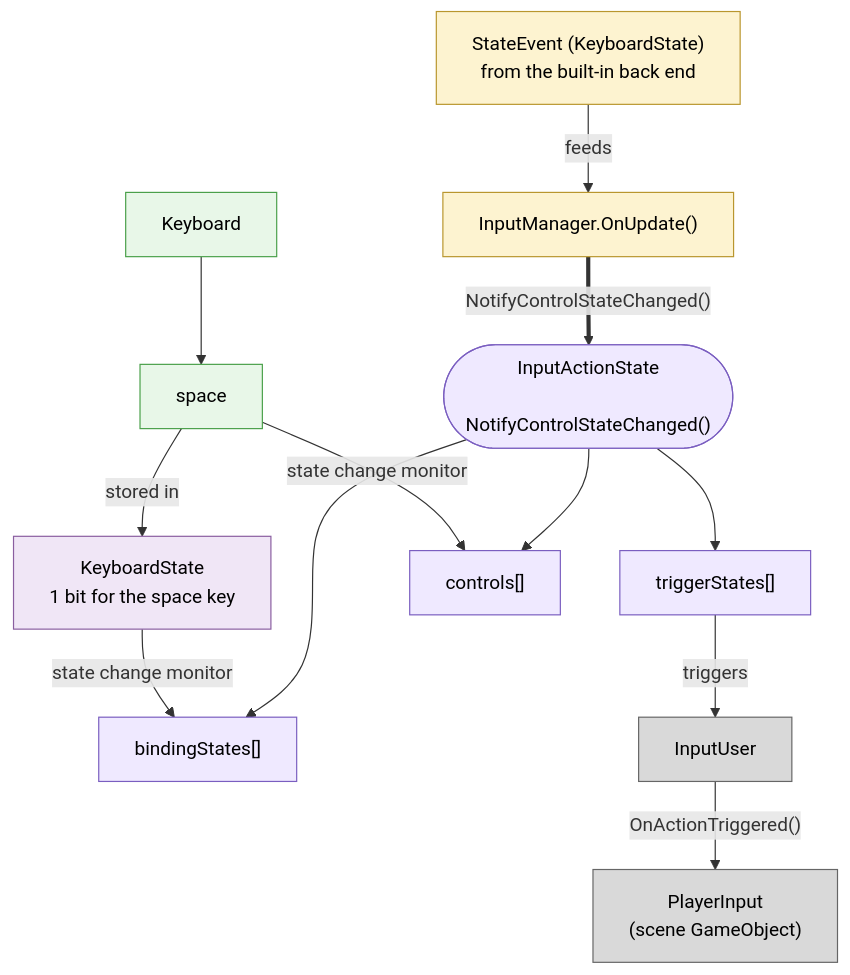
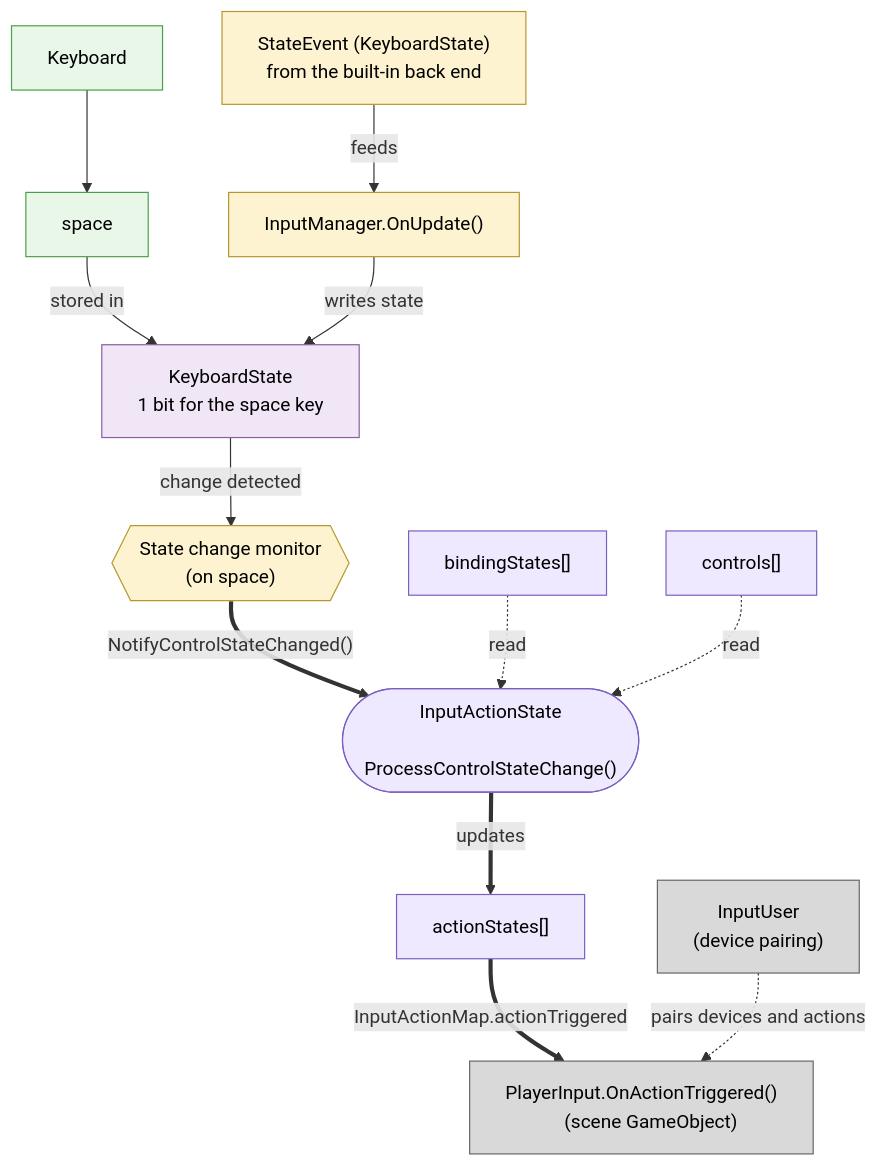
One commit to Unity-Technologies/InputSystem changed the fourth of 5 diagrams in Packages/com.unity.inputsystem/Documentation~/Architecture.md. Above: the diagram before and after it, drawn with Mermaid. The commit also changed other lines of this file, not shown here.

Commit message:
Addressing u-pr comments

````diff
--- a/Packages/com.unity.inputsystem/Documentation~/Architecture.md
+++ b/Packages/com.unity.inputsystem/Documentation~/Architecture.md
@@ -258,42 +260,47 @@
 ```mermaid
 flowchart TB
     %% Diagram 4: runtime input flow
     %% ---------- Devices ----------
     Keyboard["Keyboard"] --> space["space"]
 
     %% ---------- Input state memory ----------
     KBbit["KeyboardState
     1 bit for the space key"]
     space -->|"stored in"| KBbit
 
     %% ---------- Runtime ----------
     StateEvent["StateEvent (KeyboardState)
     from the built-in back end"] -->|feeds| OnUpdate["InputManager.OnUpdate()"]
+    OnUpdate -->|"writes state"| KBbit
 
     %% ---------- Action state ----------
+    Monitor{{"State change monitor
+    (on space)"}}
+    KBbit -->|"change detected"| Monitor
     AState(["InputActionState
-    NotifyControlStateChanged()"])
-    trig["triggerStates[]"]
+    ProcessControlStateChange()"])
+    Monitor ==>|"NotifyControlStateChanged()"| AState
+    act["actionStates[]"]
     bind["bindingStates[]"]
     ctrl["controls[]"]
-    AState --> trig & bind & ctrl
-    OnUpdate ==>|"NotifyControlStateChanged()"| AState
-    KBbit -->|"state change monitor"| bind
-    space -->|"state change monitor"| ctrl
+    bind -.->|read| AState
+    ctrl -.->|read| AState
+    AState ==>|updates| act
 
     %% ---------- Callback out to the scene ----------
-    trig -->|triggers| IU["InputUser"]
-    IU -->|"OnActionTriggered()"| PI["PlayerInput
+    act ==>|"InputActionMap.actionTriggered"| PI["PlayerInput.OnActionTriggered()
     (scene GameObject)"]
+    IU["InputUser
+    (device pairing)"] -.->|"pairs devices and actions"| PI
 
     classDef device fill:#e8f7e8,stroke:#4aa04a,color:#000;
     classDef mem fill:#f0e6f6,stroke:#8a5ea0,color:#000;
     classDef astate fill:#efe9ff,stroke:#7a5ec0,color:#000;
     classDef runtime fill:#fdf3d0,stroke:#b9962e,color:#000;
     classDef go fill:#d9d9d9,stroke:#666,color:#000;
     class Keyboard,space device;
     class KBbit mem;
-    class AState,trig,bind,ctrl astate;
-    class StateEvent,OnUpdate runtime;
+    class AState,act,bind,ctrl astate;
+    class StateEvent,OnUpdate,Monitor runtime;
     class IU,PI go;
 ```
````
